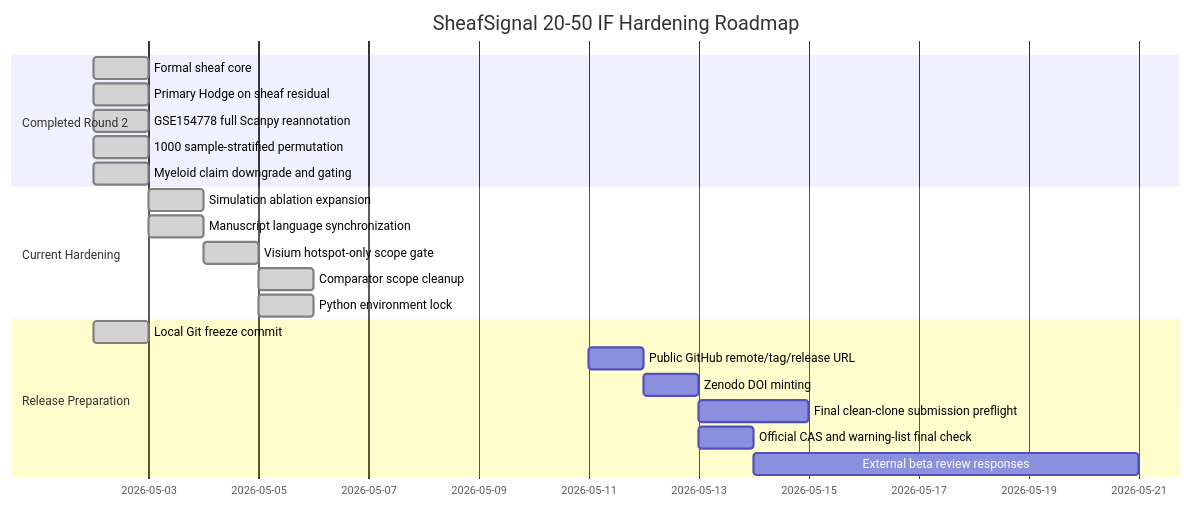
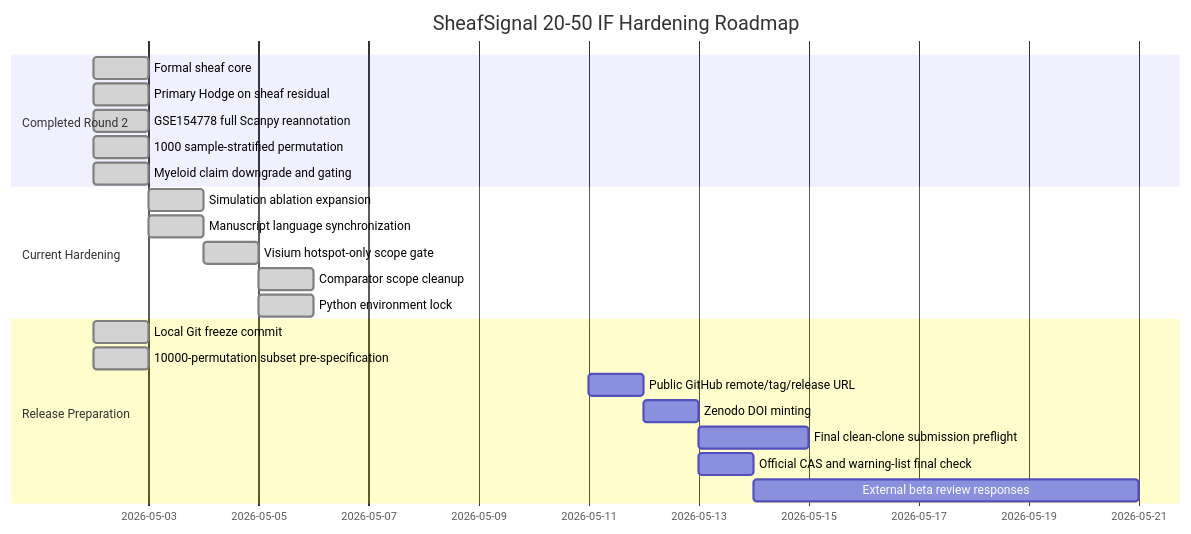
Before and after one commit to healthgreat/SheafSignal: the diagram in manuscript/SHEAFSIGNAL_STATUS_DASHBOARD_2026-05-02.md, drawn with Mermaid. The commit also changed other lines of this file and 13 other files, not shown here.

Commit message:
Add confirmatory permutation subset gate

````diff
--- a/manuscript/SHEAFSIGNAL_STATUS_DASHBOARD_2026-05-02.md
+++ b/manuscript/SHEAFSIGNAL_STATUS_DASHBOARD_2026-05-02.md
@@ -41,27 +44,28 @@
 ```mermaid
 gantt
     title SheafSignal 20-50 IF Hardening Roadmap
     dateFormat  YYYY-MM-DD
 
     section Completed Round 2
     Formal sheaf core                           :done, 2026-05-02, 1d
     Primary Hodge on sheaf residual             :done, 2026-05-02, 1d
     GSE154778 full Scanpy reannotation          :done, 2026-05-02, 1d
     1000 sample-stratified permutation          :done, 2026-05-02, 1d
     Myeloid claim downgrade and gating          :done, 2026-05-02, 1d
 
     section Current Hardening
     Simulation ablation expansion               :done, 2026-05-03, 1d
     Manuscript language synchronization         :done, 2026-05-03, 1d
     Visium hotspot-only scope gate               :done, 2026-05-04, 1d
     Comparator scope cleanup                     :done, 2026-05-05, 1d
     Python environment lock                      :done, 2026-05-05, 1d
 
     section Release Preparation
     Local Git freeze commit                      :done, 2026-05-02, 1d
+    10000-permutation subset pre-specification    :done, 2026-05-02, 1d
     Public GitHub remote/tag/release URL         :2026-05-11, 1d
     Zenodo DOI minting                           :2026-05-12, 1d
     Final clean-clone submission preflight       :2026-05-13, 2d
     Official CAS and warning-list final check    :2026-05-13, 1d
     External beta review responses               :2026-05-14, 7d
 ```
````
